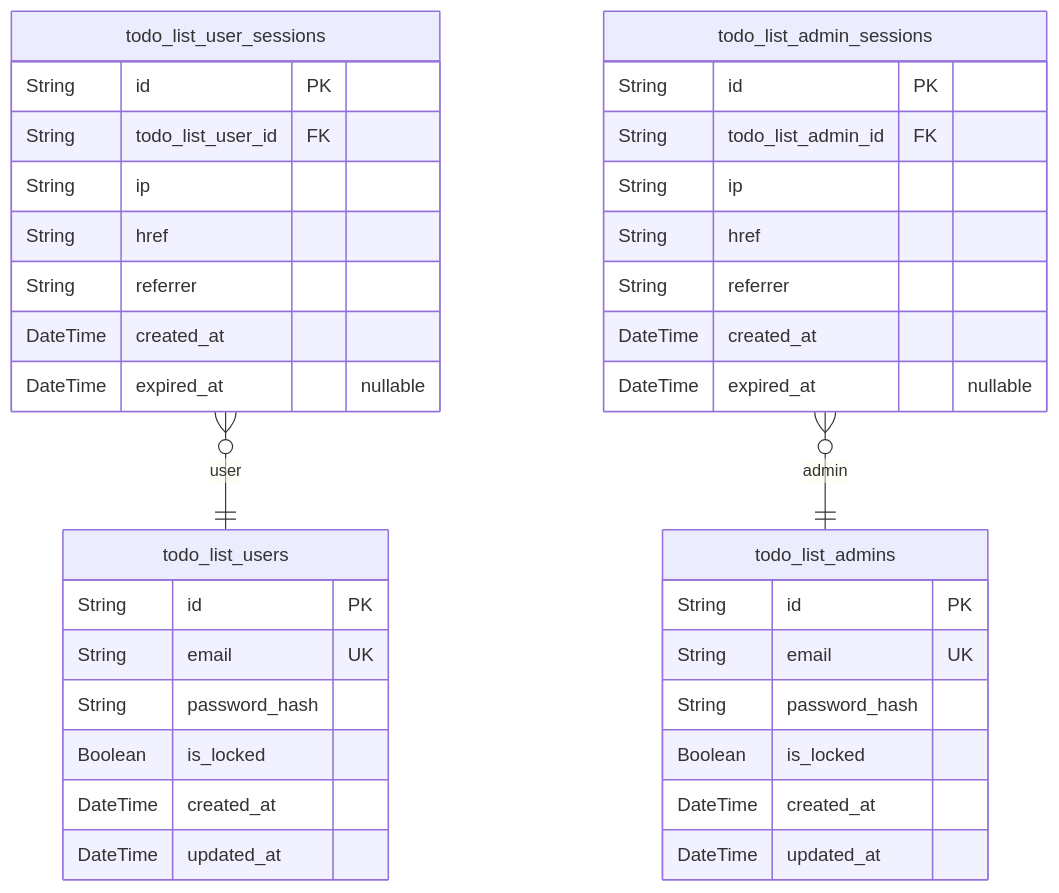
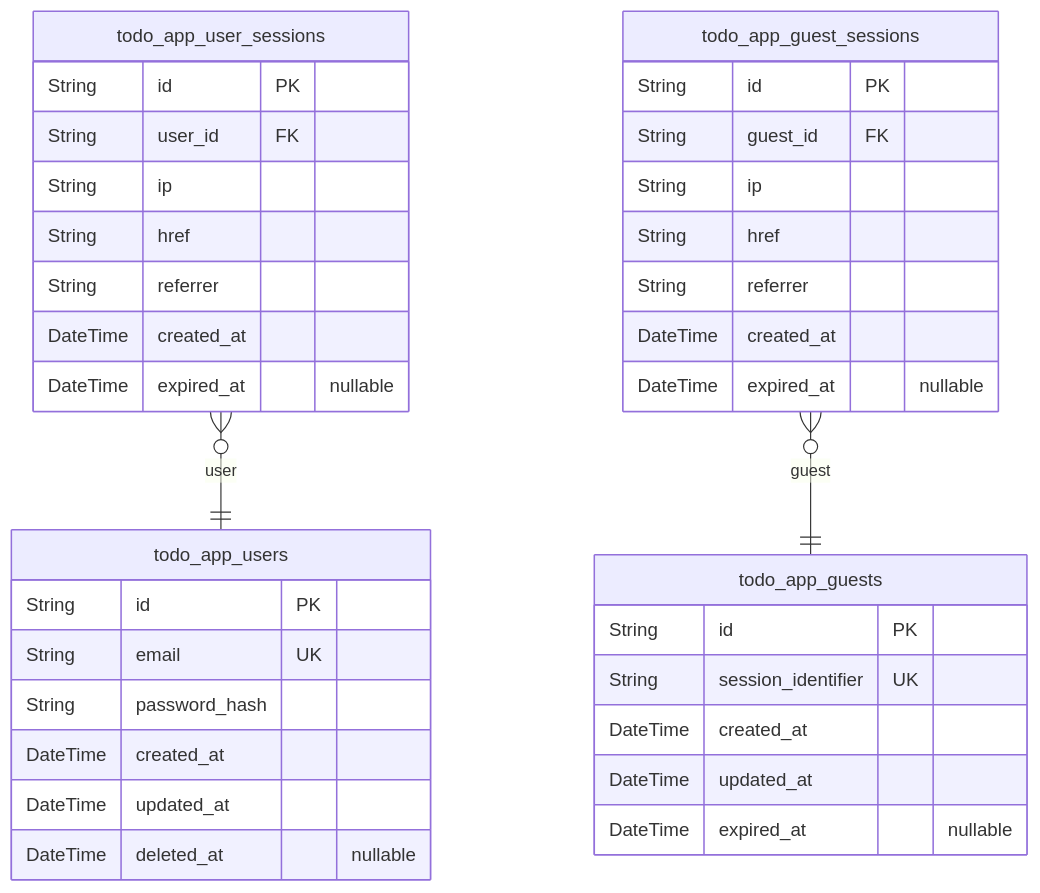
The second of 4 diagrams in moonshotai/kimi-k2-0905-exacto/todo/docs/ERD.md (wrtnlabs/autobe-examples), drawn with Mermaid before and after one commit. The commit also changed other lines of this file and 1725 other files, not shown here.

````diff
--- a/moonshotai/kimi-k2-0905-exacto/todo/docs/ERD.md
+++ b/moonshotai/kimi-k2-0905-exacto/todo/docs/ERD.md
@@ -62,39 +271,38 @@
 ```mermaid
 erDiagram
-"todo_list_users" {
+"todo_app_users" {
   String id PK
   String email UK
   String password_hash
-  Boolean is_locked
   DateTime created_at
   DateTime updated_at
+  DateTime deleted_at "nullable"
 }
-"todo_list_user_sessions" {
+"todo_app_user_sessions" {
   String id PK
-  String todo_list_user_id FK
+  String user_id FK
   String ip
   String href
   String referrer
   DateTime created_at
   DateTime expired_at "nullable"
 }
-"todo_list_admins" {
+"todo_app_guests" {
   String id PK
-  String email UK
-  String password_hash
-  Boolean is_locked
+  String session_identifier UK
   DateTime created_at
   DateTime updated_at
+  DateTime expired_at "nullable"
 }
-"todo_list_admin_sessions" {
+"todo_app_guest_sessions" {
   String id PK
-  String todo_list_admin_id FK
+  String guest_id FK
   String ip
   String href
   String referrer
   DateTime created_at
   DateTime expired_at "nullable"
 }
-"todo_list_user_sessions" }o--|| "todo_list_users" : user
-"todo_list_admin_sessions" }o--|| "todo_list_admins" : admin
+"todo_app_user_sessions" }o--|| "todo_app_users" : user
+"todo_app_guest_sessions" }o--|| "todo_app_guests" : guest
 ```
````
